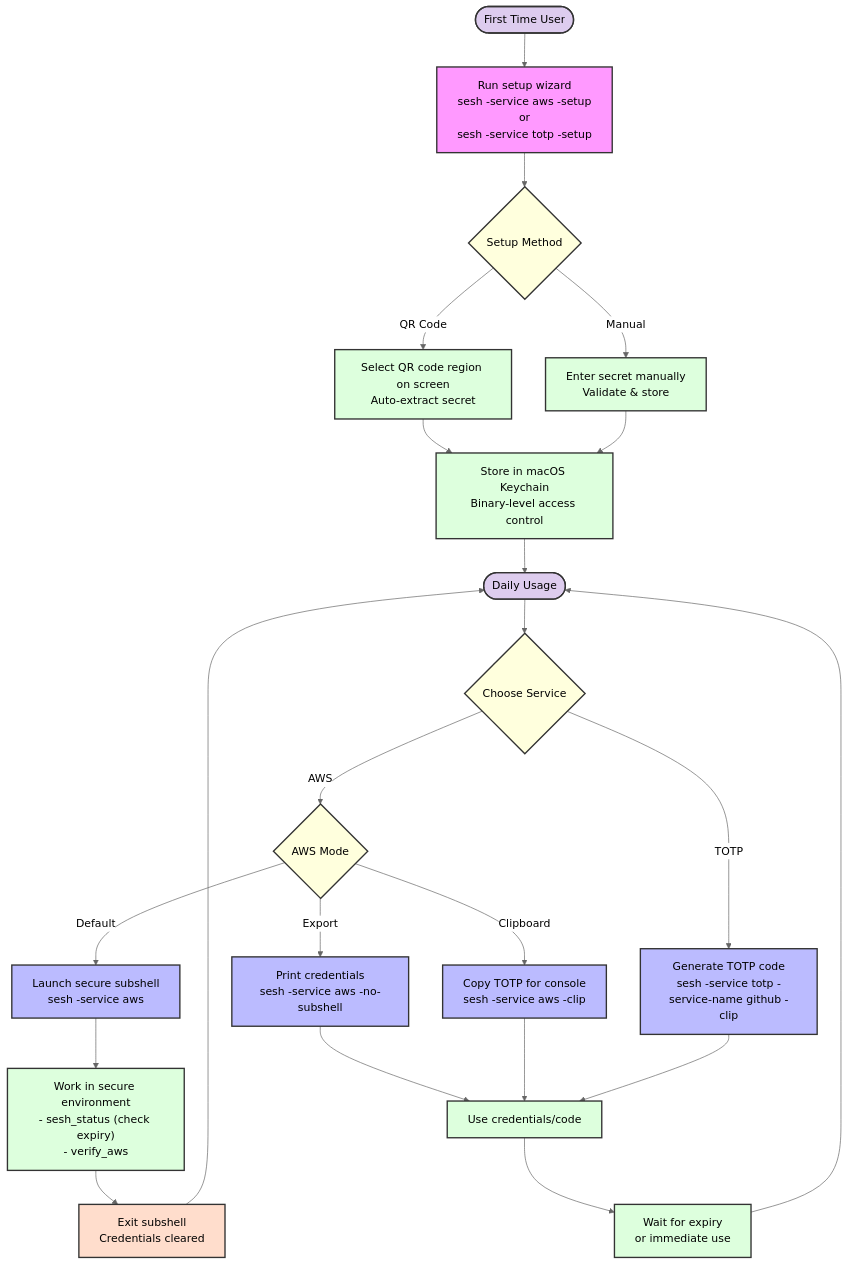
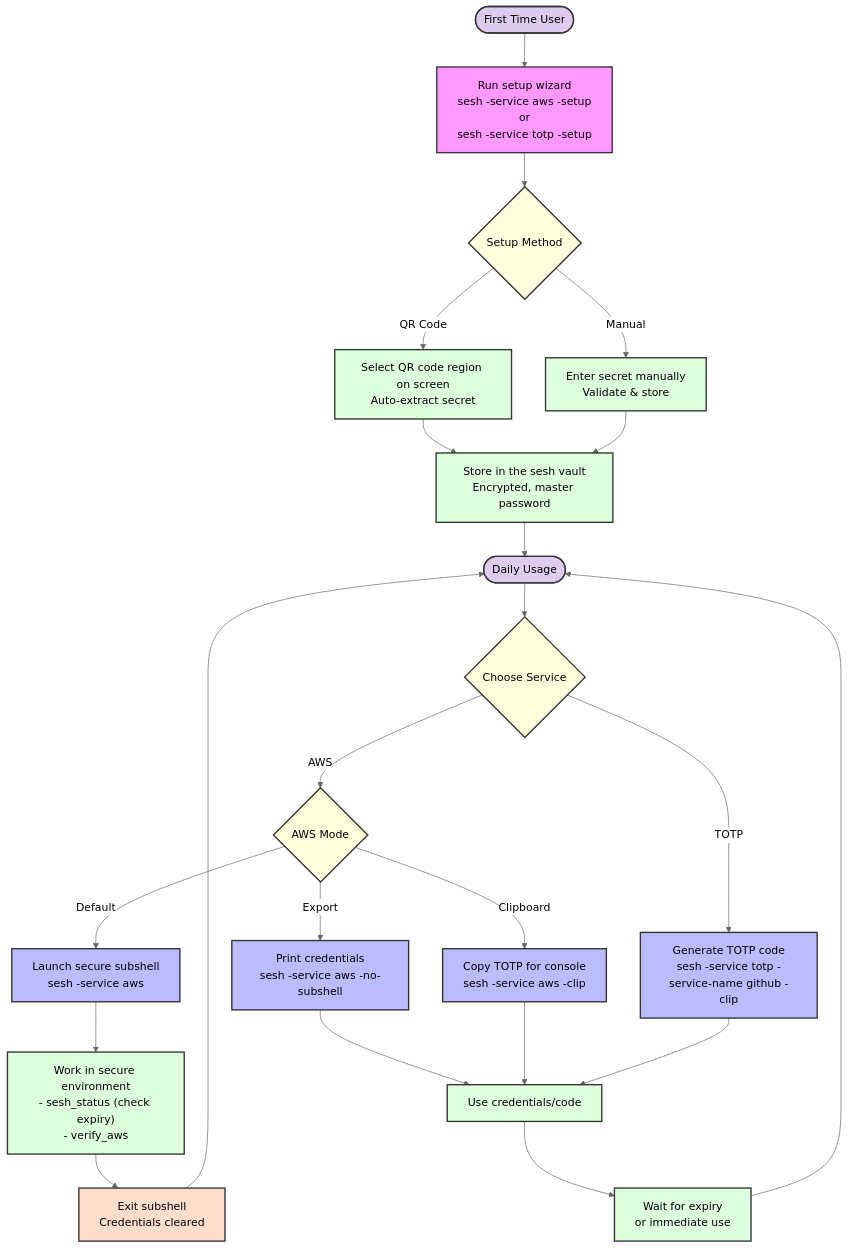
The diagram in docs/assets/workflow-overview.mermaid (bashhack/sesh), drawn with Mermaid before and after one commit. The commit also changed 54 other files, not shown here.

Commit message:
remove the Keychain key source: the vault always unlocks with the master password, and --rekey now only changes it

```diff
--- a/docs/assets/workflow-overview.mermaid
+++ b/docs/assets/workflow-overview.mermaid
@@ -1,40 +1,40 @@
 %%{init: {'theme': 'neutral'}}%%
 flowchart TD
     classDef start fill:#dce,stroke:#333,stroke-width:2px
     classDef process fill:#dfd,stroke:#333,stroke-width:2px
     classDef decision fill:#ffd,stroke:#333,stroke-width:2px
     classDef endNode fill:#fdc,stroke:#333,stroke-width:2px
     classDef sesh fill:#bbf,stroke:#333,stroke-width:2px
     classDef setup fill:#f9f,stroke:#333,stroke-width:2px
 
     Start([First Time User]):::start --> Setup["Run setup wizard<br>sesh -service aws -setup<br>or<br>sesh -service totp -setup"]:::setup
     
     Setup --> SetupChoice{"Setup Method"}:::decision
     SetupChoice -->|"QR Code"| QR["Select QR code region on screen<br>Auto-extract secret"]:::process
     SetupChoice -->|"Manual"| Manual["Enter secret manually<br>Validate & store"]:::process
     
-    QR --> Keychain["Store in macOS Keychain<br>Binary-level access control"]:::process
-    Manual --> Keychain
+    QR --> Vault["Store in the sesh vault<br>Encrypted, master password"]:::process
+    Manual --> Vault
     
-    Keychain --> Daily([Daily Usage]):::start
+    Vault --> Daily([Daily Usage]):::start
     
     Daily --> Service{"Choose Service"}:::decision
     
     Service -->|"AWS"| AWSChoice{"AWS Mode"}:::decision
     AWSChoice -->|"Default"| Subshell["Launch secure subshell<br>sesh -service aws"]:::sesh
     AWSChoice -->|"Export"| Export["Print credentials<br>sesh -service aws -no-subshell"]:::sesh
     AWSChoice -->|"Clipboard"| AWSClip["Copy TOTP for console<br>sesh -service aws -clip"]:::sesh
     
     Service -->|"TOTP"| TOTP["Generate TOTP code<br>sesh -service totp -service-name github -clip"]:::sesh
     
     Subshell --> Work["Work in secure environment<br>- sesh_status (check expiry)<br>- verify_aws"]:::process
     Work --> Exit["Exit subshell<br>Credentials cleared"]:::endNode
     
     Export --> Use["Use credentials/code"]:::process
     AWSClip --> Use
     TOTP --> Use
     
     Use --> Expire["Wait for expiry<br>or immediate use"]:::process
     Expire --> Daily
     
     Exit --> Daily
```
